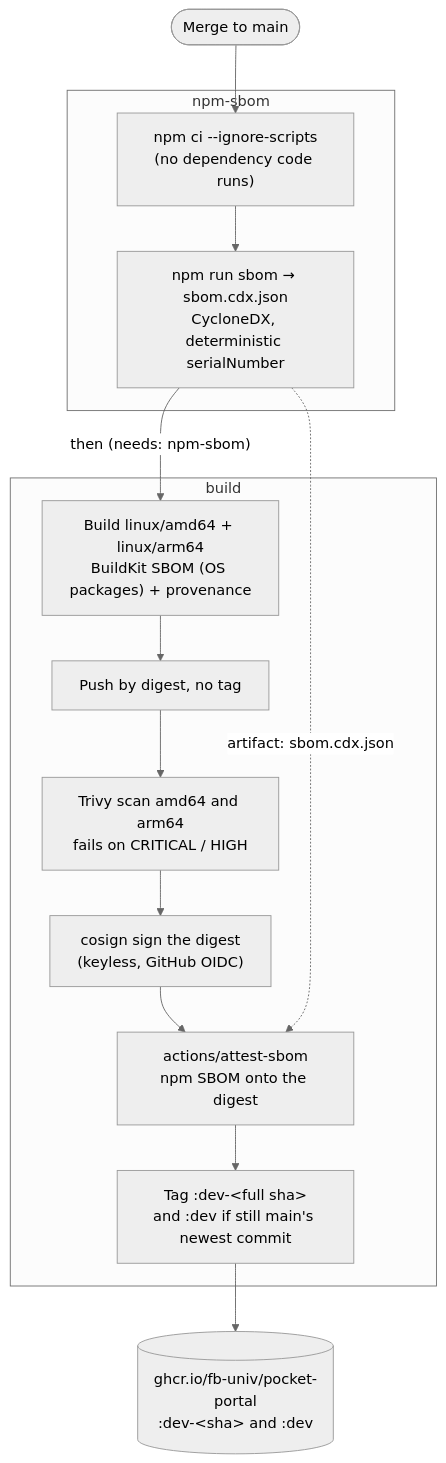
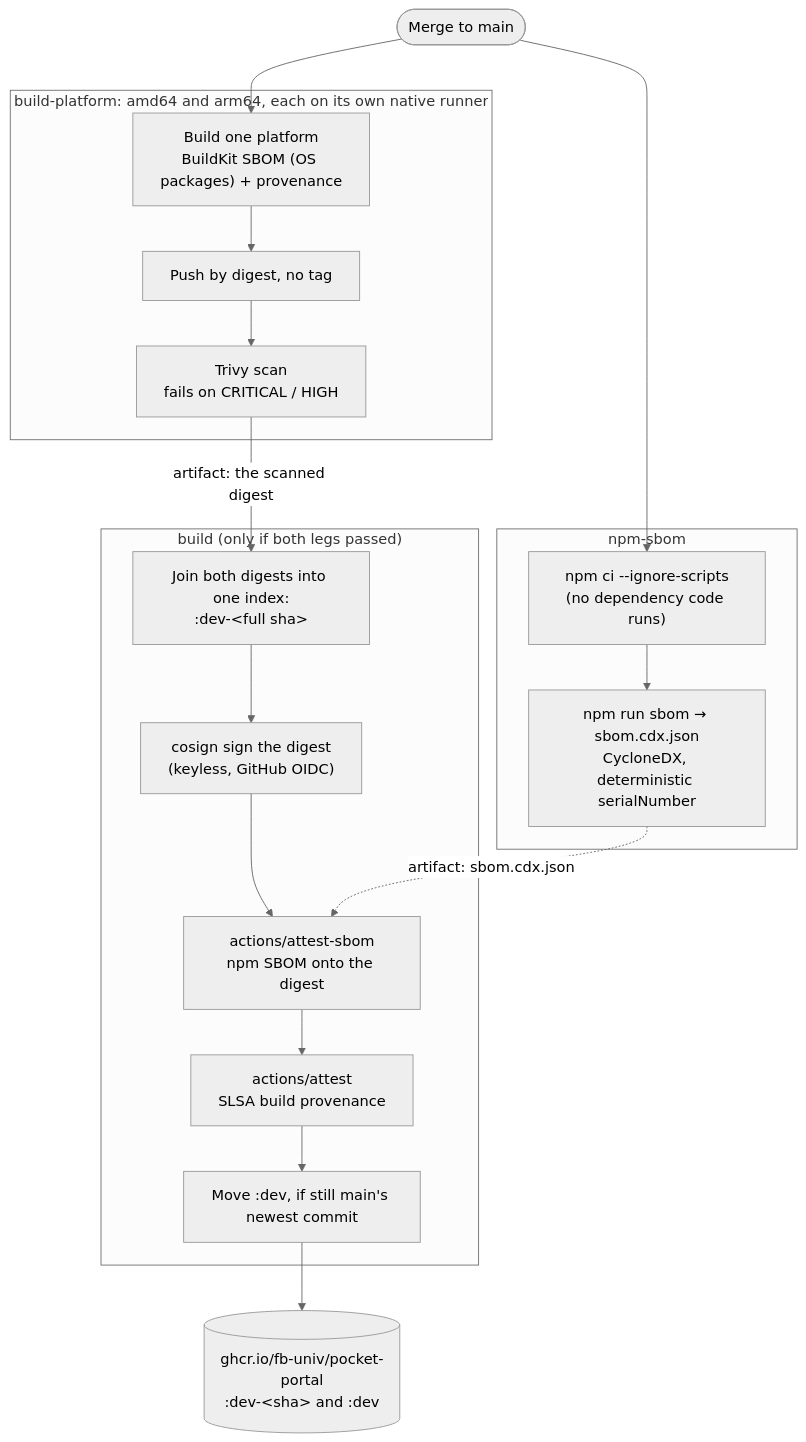
The third of 4 diagrams in docs/CI.md (FB-UNIV/pocket-portal), drawn with Mermaid (neutral theme) before and after one commit. The commit also changed other lines of this file and 2 other files, not shown here.

First line of the commit message:
ci: build arm64 natively, and attest SLSA build provenance (#101)

````diff
--- a/docs/CI.md
+++ b/docs/CI.md
@@ -95,25 +97,32 @@
 ```mermaid
 flowchart TB
   MAIN(["Merge to main"])
 
   subgraph npmsbom["npm-sbom"]
     S1["npm ci --ignore-scripts<br/>(no dependency code runs)"]
     S2["npm run sbom → sbom.cdx.json<br/>CycloneDX, deterministic serialNumber"]
     S1 --> S2
   end
 
-  subgraph build["build"]
-    B1["Build linux/amd64 + linux/arm64<br/>BuildKit SBOM (OS packages) + provenance"]
-    B2["Push by digest, no tag"]
-    B3["Trivy scan amd64 and arm64<br/>fails on CRITICAL / HIGH"]
-    B4["cosign sign the digest<br/>(keyless, GitHub OIDC)"]
-    B5["actions/attest-sbom<br/>npm SBOM onto the digest"]
-    B6["Tag :dev-&lt;full sha&gt;<br/>and :dev if still main's newest commit"]
-    B1 --> B2 --> B3 --> B4 --> B5 --> B6
+  subgraph legs["build-platform: amd64 and arm64, each on its own native runner"]
+    P1["Build one platform<br/>BuildKit SBOM (OS packages) + provenance"]
+    P2["Push by digest, no tag"]
+    P3["Trivy scan<br/>fails on CRITICAL / HIGH"]
+    P1 --> P2 --> P3
+  end
+
+  subgraph build["build (only if both legs passed)"]
+    B1["Join both digests into one index:<br/>:dev-&lt;full sha&gt;"]
+    B2["cosign sign the digest<br/>(keyless, GitHub OIDC)"]
+    B3["actions/attest-sbom<br/>npm SBOM onto the digest"]
+    B4["actions/attest<br/>SLSA build provenance"]
+    B5["Move :dev, if still main's newest commit"]
+    B1 --> B2 --> B3 --> B4 --> B5
   end
 
   MAIN --> S1
-  S2 -- "then (needs: npm-sbom)" --> B1
-  S2 -. "artifact: sbom.cdx.json" .-> B5
-  B6 --> OUT[("ghcr.io/fb-univ/pocket-portal<br/>:dev-&lt;sha&gt; and :dev")]
+  MAIN --> P1
+  P3 -- "artifact: the scanned digest" --> B1
+  S2 -. "artifact: sbom.cdx.json" .-> B3
+  B5 --> OUT[("ghcr.io/fb-univ/pocket-portal<br/>:dev-&lt;sha&gt; and :dev")]
 ```
````
